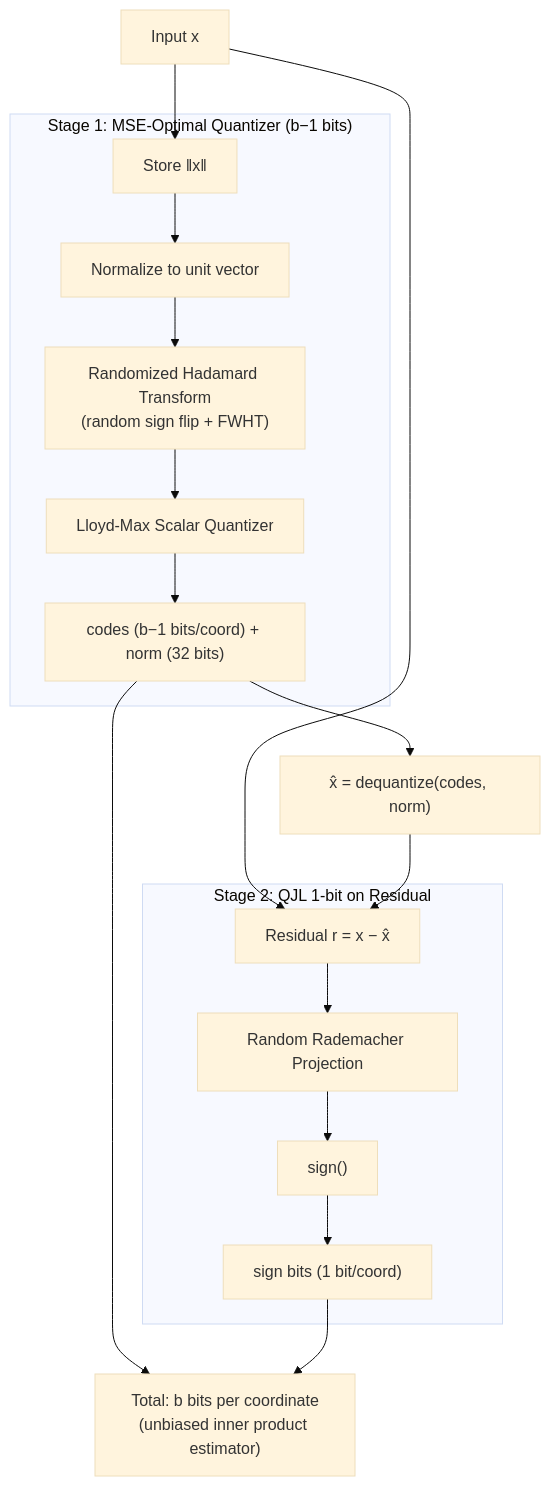
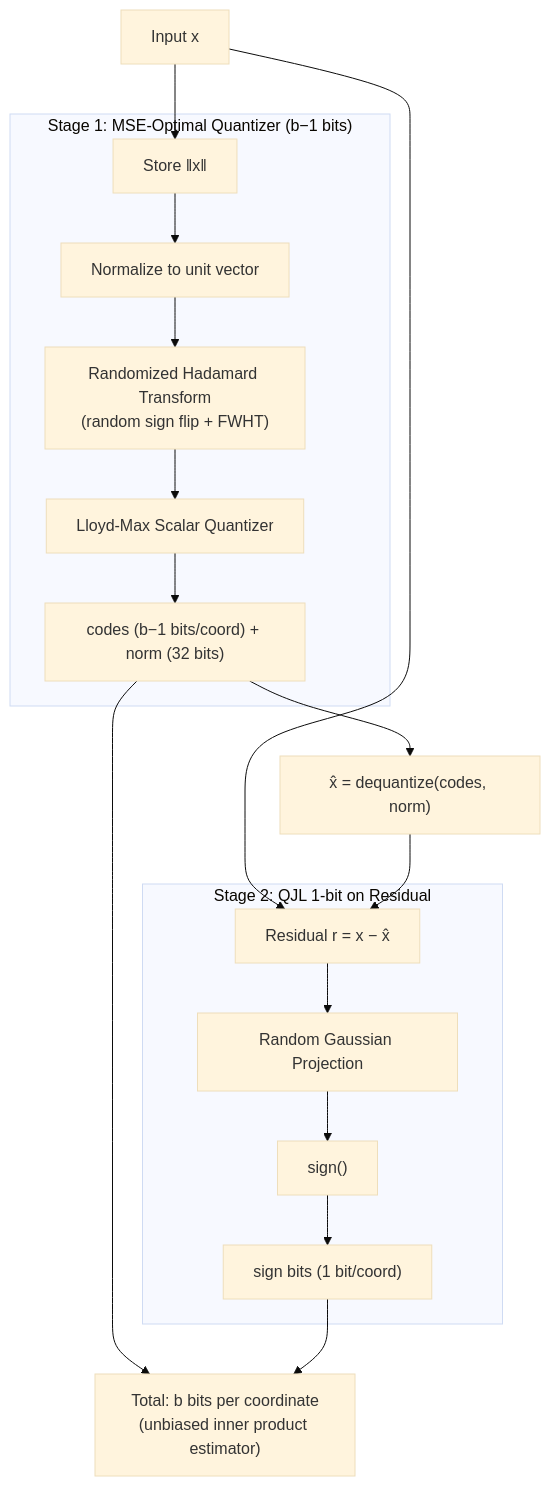
Before and after one commit to codepawl/turboquant-torch: the diagram in README.md, drawn with Mermaid (base theme). The commit also changed other lines of this file and 32 other files, not shown here.

````diff
--- a/README.md
+++ b/README.md
@@ -12,24 +23,24 @@
 ```mermaid
 flowchart TD
     X["Input x"] --> Norm["Store ‖x‖"]
 
     subgraph S1["Stage 1: MSE-Optimal Quantizer (b−1 bits)"]
         Norm --> Normalize["Normalize to unit vector"]
         Normalize --> RHT["Randomized Hadamard Transform\n(random sign flip + FWHT)"]
         RHT --> LM["Lloyd-Max Scalar Quantizer"]
         LM --> Codes["codes (b−1 bits/coord) + norm (32 bits)"]
     end
 
     Codes --> Deq["x̂ = dequantize(codes, norm)"]
     X --> Res
     Deq --> Res["Residual r = x − x̂"]
 
     subgraph S2["Stage 2: QJL 1-bit on Residual"]
-        Res --> Proj["Random Rademacher Projection"]
+        Res --> Proj["Random Gaussian Projection"]
         Proj --> Sign["sign()"]
         Sign --> Bits["sign bits (1 bit/coord)"]
     end
 
     Codes --> Out["Total: b bits per coordinate\n(unbiased inner product estimator)"]
     Bits --> Out
 ```
````
